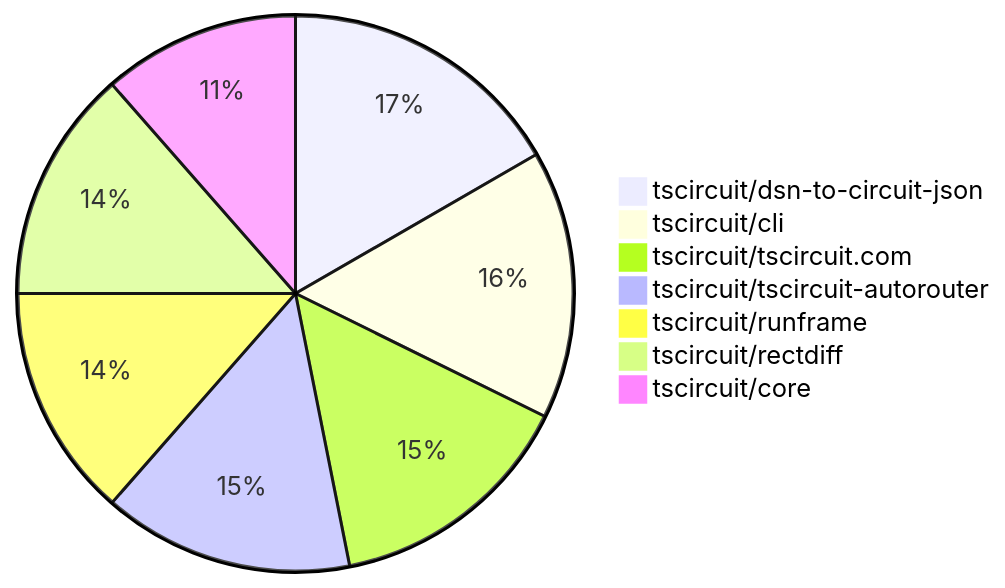
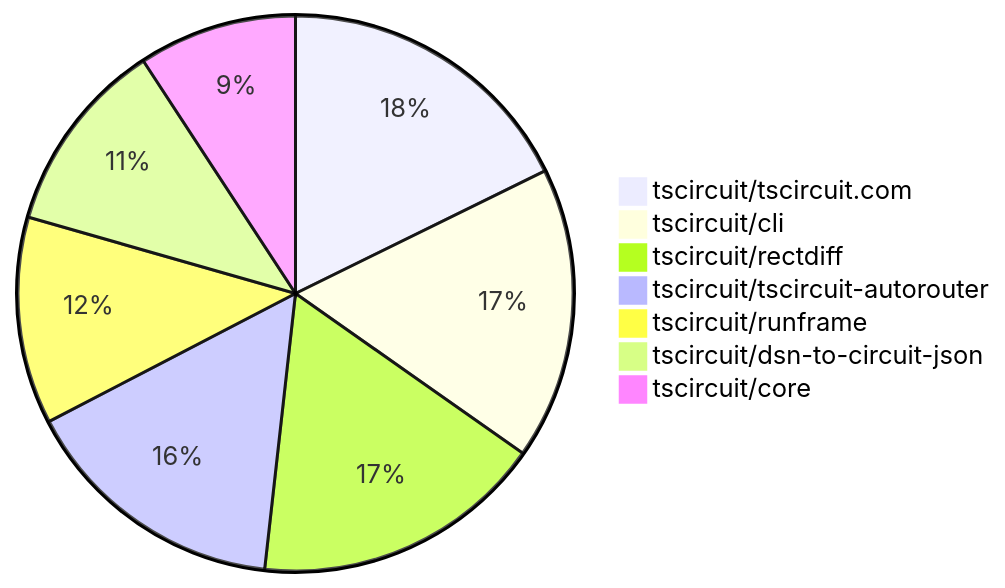
One commit to tscircuit/contribution-tracker changed the second of 2 diagrams in README.md. Above: the diagram before and after it, drawn with Mermaid. The commit also changed other lines of this file and 3 other files, not shown here.

````diff
--- a/README.md
+++ b/README.md
@@ -113,10 +116,10 @@
 ```mermaid
 pie
+    "tscircuit/tscircuit.com" : 25
+    "tscircuit/cli" : 24
+    "tscircuit/rectdiff" : 24
+    "tscircuit/tscircuit-autorouter" : 22
+    "tscircuit/runframe" : 17
     "tscircuit/dsn-to-circuit-json" : 16
-    "tscircuit/cli" : 15
-    "tscircuit/tscircuit.com" : 14
-    "tscircuit/tscircuit-autorouter" : 14
-    "tscircuit/runframe" : 13
-    "tscircuit/rectdiff" : 13
-    "tscircuit/core" : 11
+    "tscircuit/core" : 13
 ```
````
